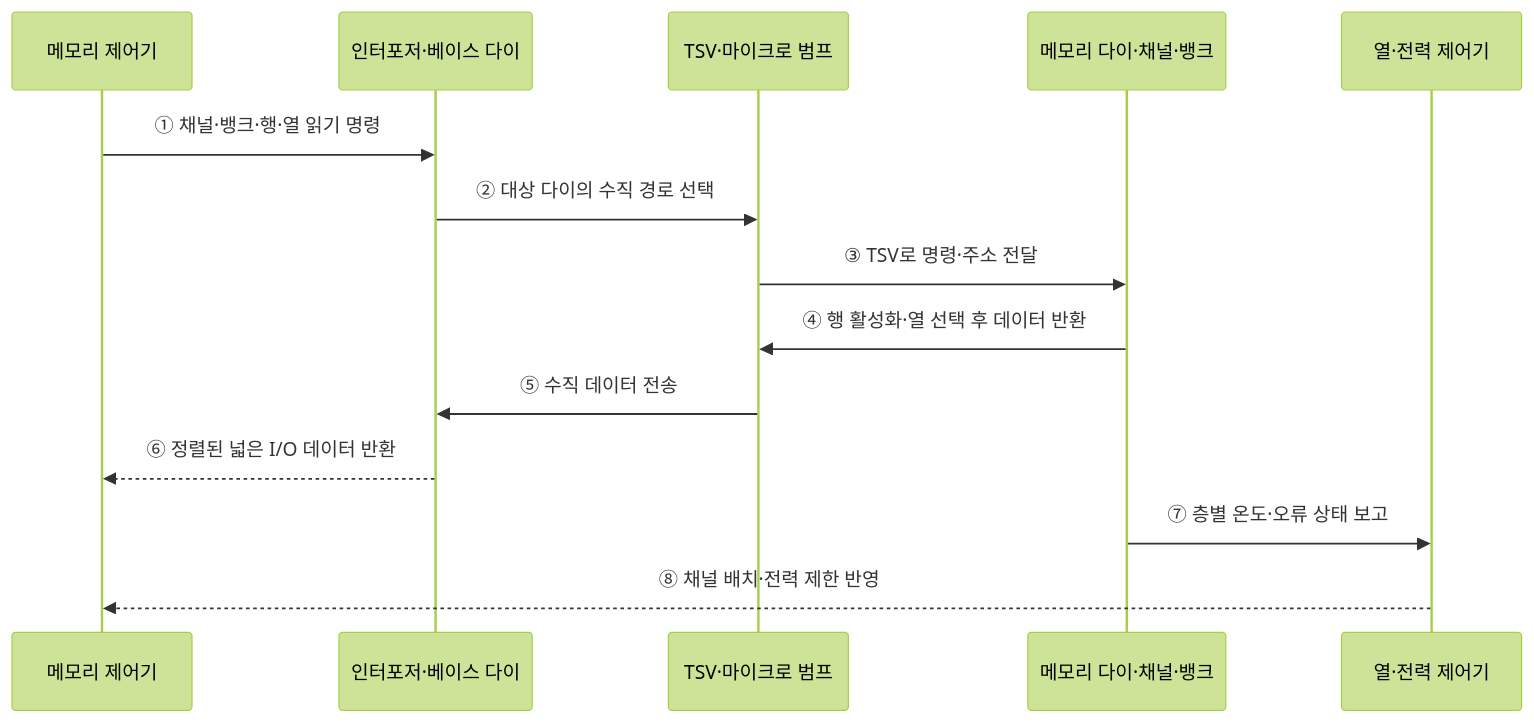
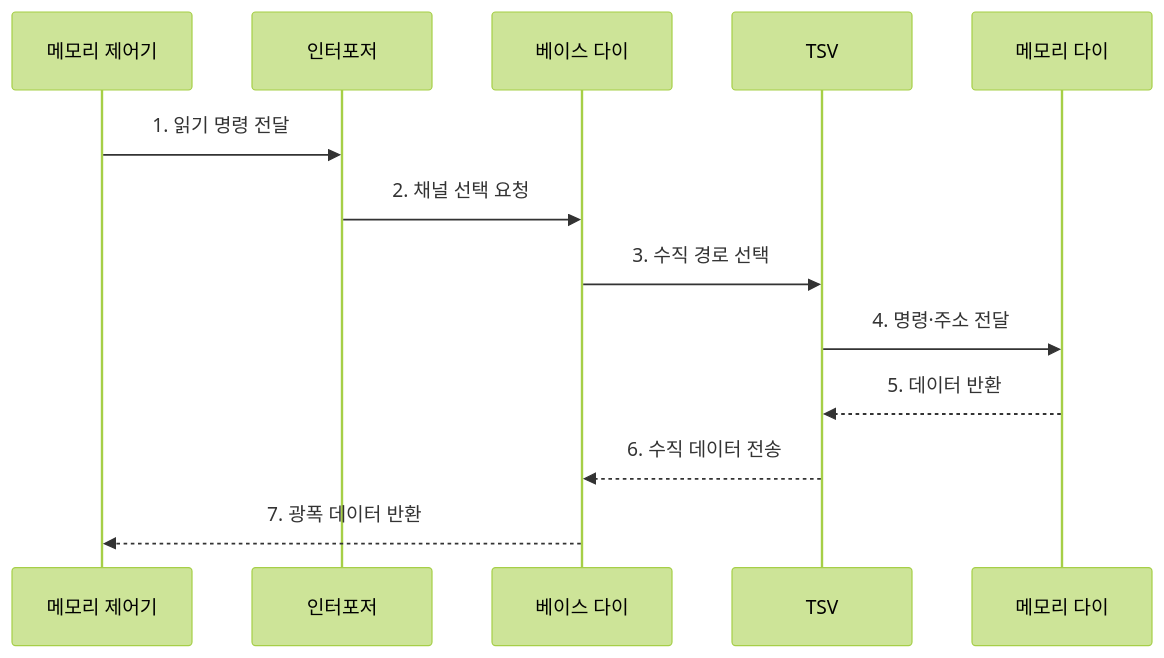
Before and after one commit to agnusdei1207/knowledge-base: the second of 2 diagrams in src/content/docs/notes/02-hardware/090_3d_stacked_memory.md, drawn with Mermaid (forest theme). The commit also changed other lines of this file and 20 other files, not shown here.

````diff
--- a/src/content/docs/notes/02-hardware/090_3d_stacked_memory.md
+++ b/src/content/docs/notes/02-hardware/090_3d_stacked_memory.md
@@ -89,17 +92,15 @@
 ```mermaid
 sequenceDiagram
     participant C as 메모리 제어기
-    participant I as 인터포저·베이스 다이
-    participant V as TSV·마이크로 범프
-    participant D as 메모리 다이·채널·뱅크
-    participant T as 열·전력 제어기
-
-    C->>I: ① 채널·뱅크·행·열 읽기 명령
-    I->>V: ② 대상 다이의 수직 경로 선택
-    V->>D: ③ TSV로 명령·주소 전달
-    D->>V: ④ 행 활성화·열 선택 후 데이터 반환
-    V->>I: ⑤ 수직 데이터 전송
-    I-->>C: ⑥ 정렬된 넓은 I/O 데이터 반환
-    D->>T: ⑦ 층별 온도·오류 상태 보고
-    T-->>C: ⑧ 채널 배치·전력 제한 반영
+    participant I as 인터포저
+    participant B as 베이스 다이
+    participant V as TSV
+    participant D as 메모리 다이
+    C->>I: 1. 읽기 명령 전달
+    I->>B: 2. 채널 선택 요청
+    B->>V: 3. 수직 경로 선택
+    V->>D: 4. 명령·주소 전달
+    D-->>V: 5. 데이터 반환
+    V-->>B: 6. 수직 데이터 전송
+    B-->>C: 7. 광폭 데이터 반환
 ```
````
